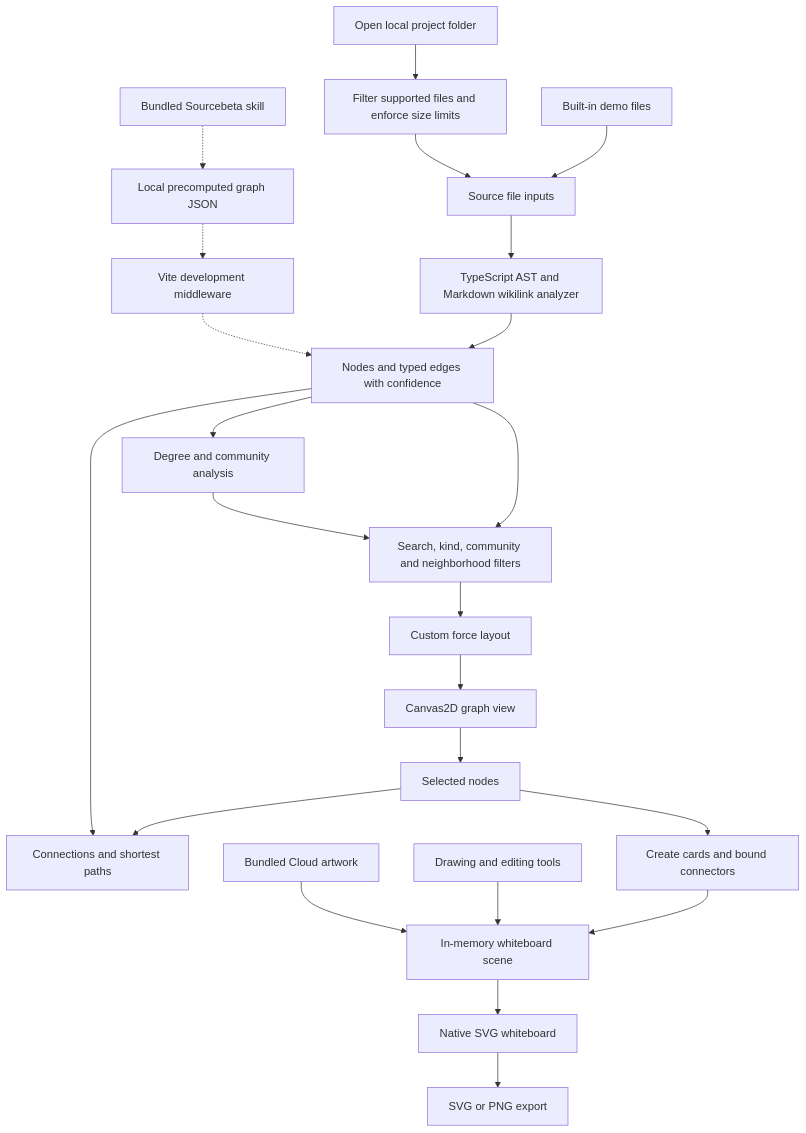
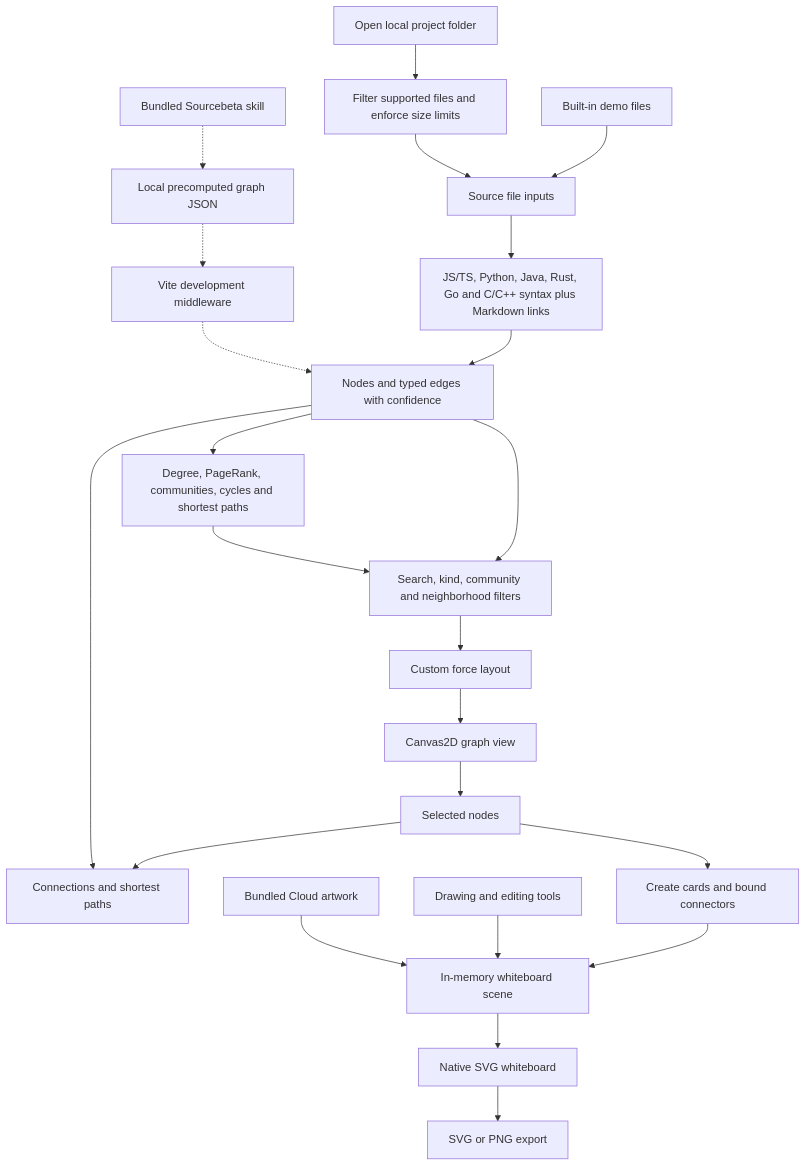
The first of 2 diagrams in README.md (vedantparmar12/sourcebeta), drawn with Mermaid before and after one commit. The commit also changed other lines of this file and 28 other files, not shown here.

First line of the commit message:
Add production language coverage and graph analytics

````diff
--- a/README.md
+++ b/README.md
@@ -65,25 +65,25 @@
 ```mermaid
 flowchart TD
     Demo[Built-in demo files] --> Inputs[Source file inputs]
     Folder[Open local project folder] --> Loader[Filter supported files and enforce size limits]
     Loader --> Inputs
-    Inputs --> Analyzer[TypeScript AST and Markdown wikilink analyzer]
+    Inputs --> Analyzer[JS/TS, Python, Java, Rust, Go and C/C++ syntax plus Markdown links]
     Analyzer --> Graph[Nodes and typed edges with confidence]
-    Graph --> Analytics[Degree and community analysis]
+    Graph --> Analytics[Degree, PageRank, communities, cycles and shortest paths]
     Graph --> Filters[Search, kind, community and neighborhood filters]
     Analytics --> Filters
     Filters --> Layout[Custom force layout]
     Layout --> View[Canvas2D graph view]
     View --> Selection[Selected nodes]
     Selection --> Details[Connections and shortest paths]
     Graph --> Details
     Selection --> Convert[Create cards and bound connectors]
     Convert --> Scene[In-memory whiteboard scene]
     Tools[Drawing and editing tools] --> Scene
     Cloud[Bundled Cloud artwork] --> Scene
     Scene --> SVG[Native SVG whiteboard]
     SVG --> Export[SVG or PNG export]
     Helper[Bundled Sourcebeta skill] -.-> Payload[Local precomputed graph JSON]
     Payload -.-> API[Vite development middleware]
     API -.-> Graph
 ```
````
